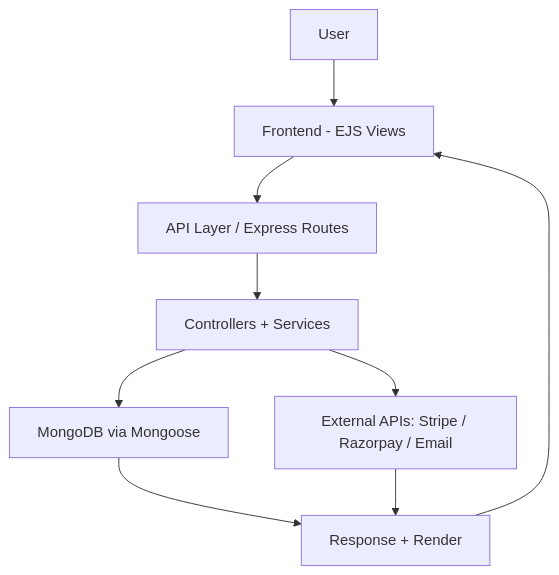
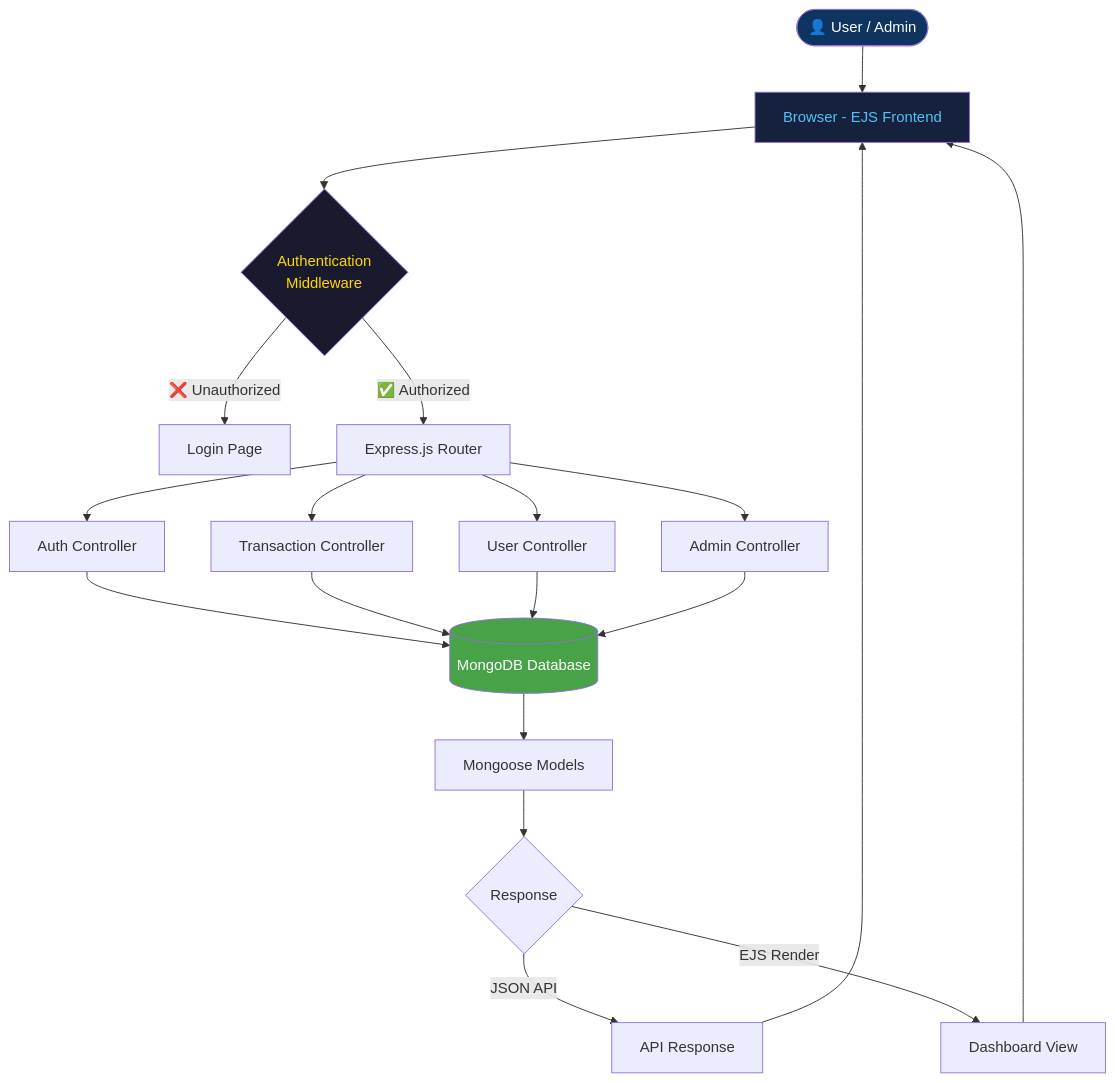
One commit to lucifers-0666/ZenoPay-V1 changed the first of 4 diagrams in README.md. Above: the diagram before and after it, drawn with Mermaid. The commit also changed other lines of this file, not shown here.

````diff
--- a/README.md
+++ b/README.md
@@ -133,11 +133,28 @@
 ```mermaid
 flowchart TD
-    A[User] --> B[Frontend - EJS Views]
-    B --> C[API Layer / Express Routes]
-    C --> D[Controllers + Services]
-    D --> E[MongoDB via Mongoose]
-    D --> F[External APIs: Stripe / Razorpay / Email]
-    E --> G[Response + Render]
-    F --> G
-    G --> B
+    A([👤 User / Admin]) --> B[Browser - EJS Frontend]
+    B --> C{Authentication\nMiddleware}
+    C -- ❌ Unauthorized --> D[Login Page]
+    C -- ✅ Authorized --> E[Express.js Router]
+
+    E --> F[Auth Controller]
+    E --> G[Transaction Controller]
+    E --> H[User Controller]
+    E --> I[Admin Controller]
+
+    F & G & H & I --> J[(MongoDB Database)]
+
+    J --> K[Mongoose Models]
+    K --> L{Response}
+
+    L -- JSON API --> M[API Response]
+    L -- EJS Render --> N[Dashboard View]
+
+    N --> B
+    M --> B
+
+    style A fill:#0f3460,color:#fff
+    style B fill:#16213e,color:#4fc3f7
+    style J fill:#47A248,color:#fff
+    style C fill:#1a1a2e,color:#ffd700
 ```
````
